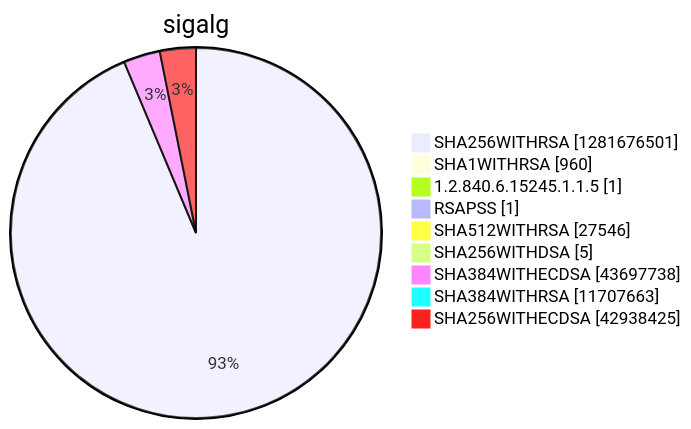
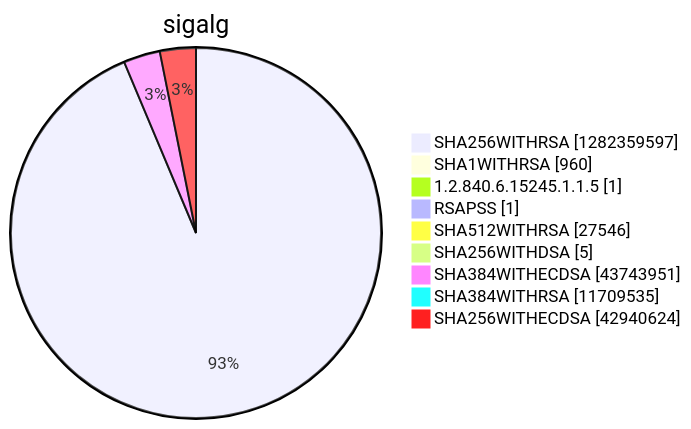
Diagram 15 of 15 in argon2022/README.md (christiankrug/ctmonitor_visualization), drawn with Mermaid before and after one commit. The commit also changed other lines of this file, not shown here.

````diff
--- a/argon2022/README.md
+++ b/argon2022/README.md
@@ -5523,13 +5523,13 @@
 ```mermaid
 pie showData
 title sigalg
-"SHA256WITHRSA" :1281676501
+"SHA256WITHRSA" :1282359597
 "SHA1WITHRSA" :960
 "1.2.840.6.15245.1.1.5" :1
 "RSAPSS" :1
 "SHA512WITHRSA" :27546
 "SHA256WITHDSA" :5
-"SHA384WITHECDSA" :43697738
-"SHA384WITHRSA" :11707663
-"SHA256WITHECDSA" :42938425
+"SHA384WITHECDSA" :43743951
+"SHA384WITHRSA" :11709535
+"SHA256WITHECDSA" :42940624
 ```
````
